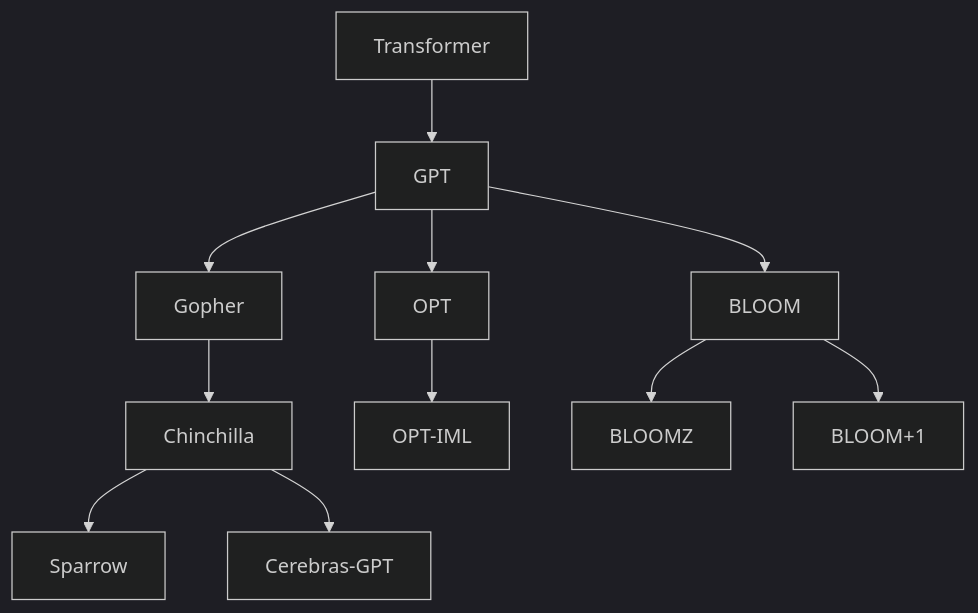
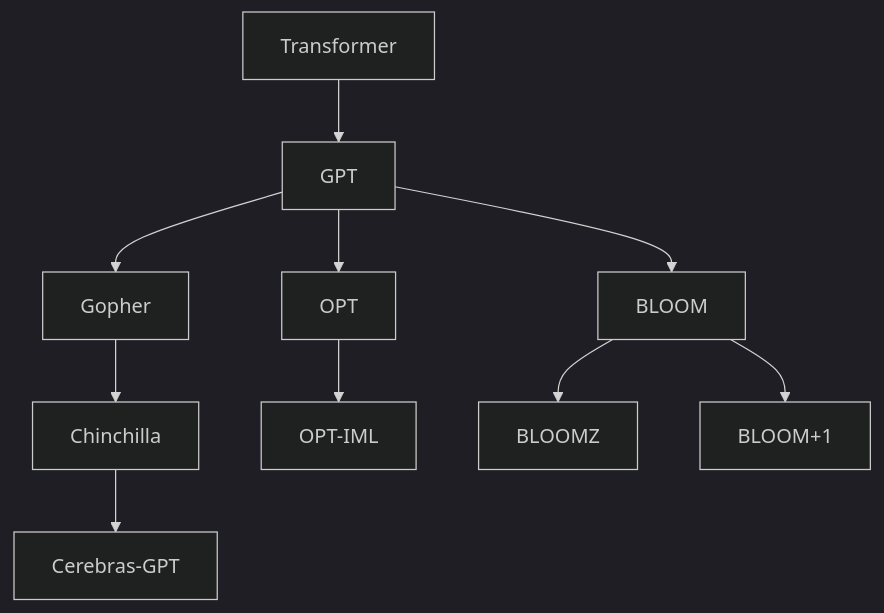
Diagram 13 of 16 in doc/llm.md (ted-sharp/chatvox), drawn with Mermaid (dark theme) before and after one commit. The commit also changed other lines of this file, not shown here.

````diff
--- a/doc/llm.md
+++ b/doc/llm.md
@@ -506,9 +505,9 @@
 ```mermaid
 flowchart
 
-Transformer --> GPT --> Gopher --> Chinchilla --> Sparrow
+Transformer --> GPT --> Gopher --> Chinchilla
 Chinchilla --> Cerebras-GPT
 GPT --> OPT --> OPT-IML
 GPT --> BLOOM --> BLOOMZ
 BLOOM --> BLOOM+1
 ```
````
